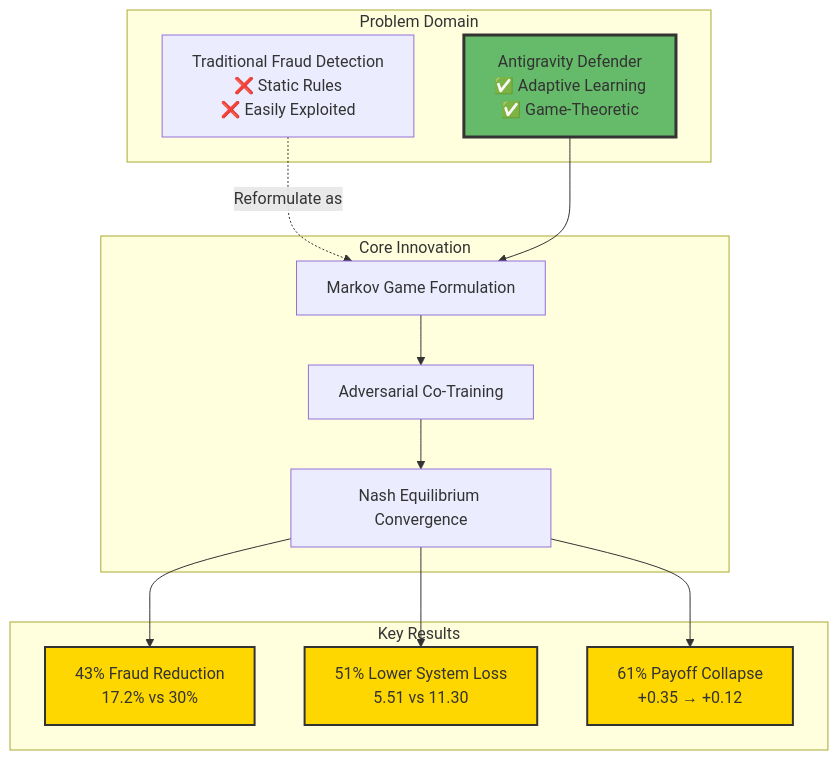
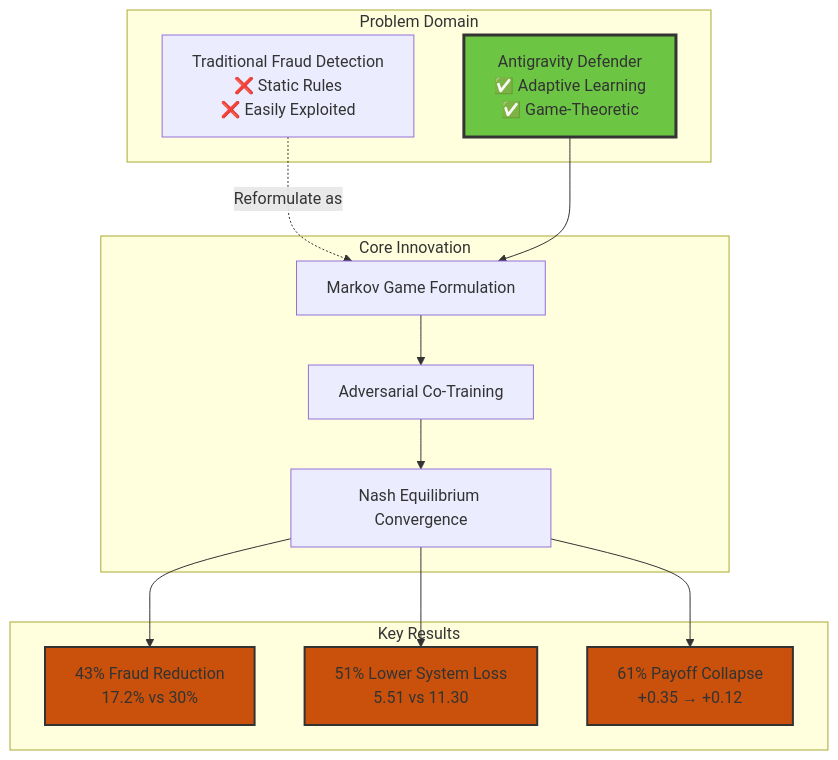
One commit to HelloCol2/markov-fraud-antigravity changed the first of 14 diagrams in README.md. Above: the diagram before and after it, drawn with Mermaid. The commit also changed other lines of this file, not shown here.

````diff
--- a/README.md
+++ b/README.md
@@ -28,32 +27,32 @@
 ```mermaid
 graph TB
     subgraph "Problem Domain"
         A[Traditional Fraud Detection\n❌ Static Rules\n❌ Easily Exploited] 
         B[Antigravity Defender\n✅ Adaptive Learning\n✅ Game-Theoretic]
     end
     
     subgraph "Core Innovation"
         C[Markov Game Formulation]
         D[Adversarial Co-Training]
         E[Nash Equilibrium Convergence]
     end
     
     subgraph "Key Results"
         F[43% Fraud Reduction\n17.2% vs 30%]
         G[51% Lower System Loss\n5.51 vs 11.30]
         H[61% Payoff Collapse\n+0.35 → +0.12]
     end
     
     A -.->|"Reformulate as"| C
     B --> C
     C --> D
     D --> E
     E --> F
     E --> G
     E --> H
     
-    style B fill:#66bb6a,stroke:#333,stroke-width:3px
-    style F fill:#ffd700,stroke:#333,stroke-width:2px
-    style G fill:#ffd700,stroke:#333,stroke-width:2px
-    style H fill:#ffd700,stroke:#333,stroke-width:2px
+    style B fill:#6cc644,stroke:#333,stroke-width:3px
+    style F fill:#c9510c,stroke:#333,stroke-width:2px
+    style G fill:#c9510c,stroke:#333,stroke-width:2px
+    style H fill:#c9510c,stroke:#333,stroke-width:2px
 ```
````
